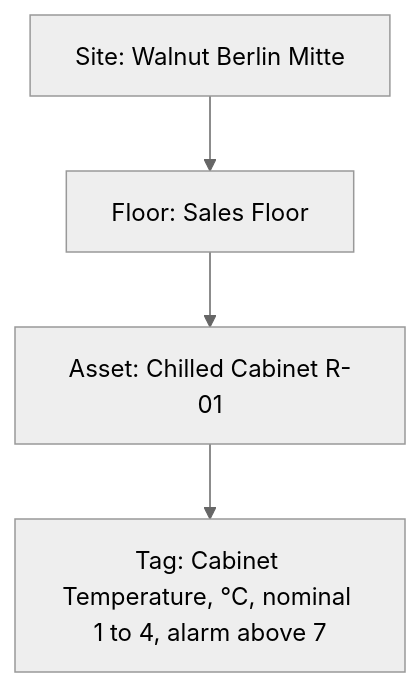
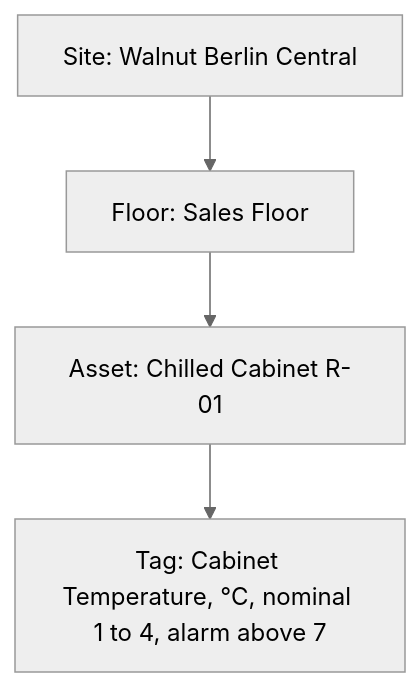
The diagram in docs/plant-config.md (AliQumail/SensorMind), drawn with Mermaid (neutral theme) before and after one commit. The commit also changed other lines of this file and 8 other files, not shown here.

````diff
--- a/docs/plant-config.md
+++ b/docs/plant-config.md
@@ -14,6 +14,6 @@
 ```mermaid
 flowchart TD
-  S["Site: Walnut Berlin Mitte"] --> F["Floor: Sales Floor"]
+  S["Site: Walnut Berlin Central"] --> F["Floor: Sales Floor"]
   F --> A["Asset: Chilled Cabinet R-01"]
   A --> T["Tag: Cabinet Temperature, °C, nominal 1 to 4, alarm above 7"]
 ```
````
